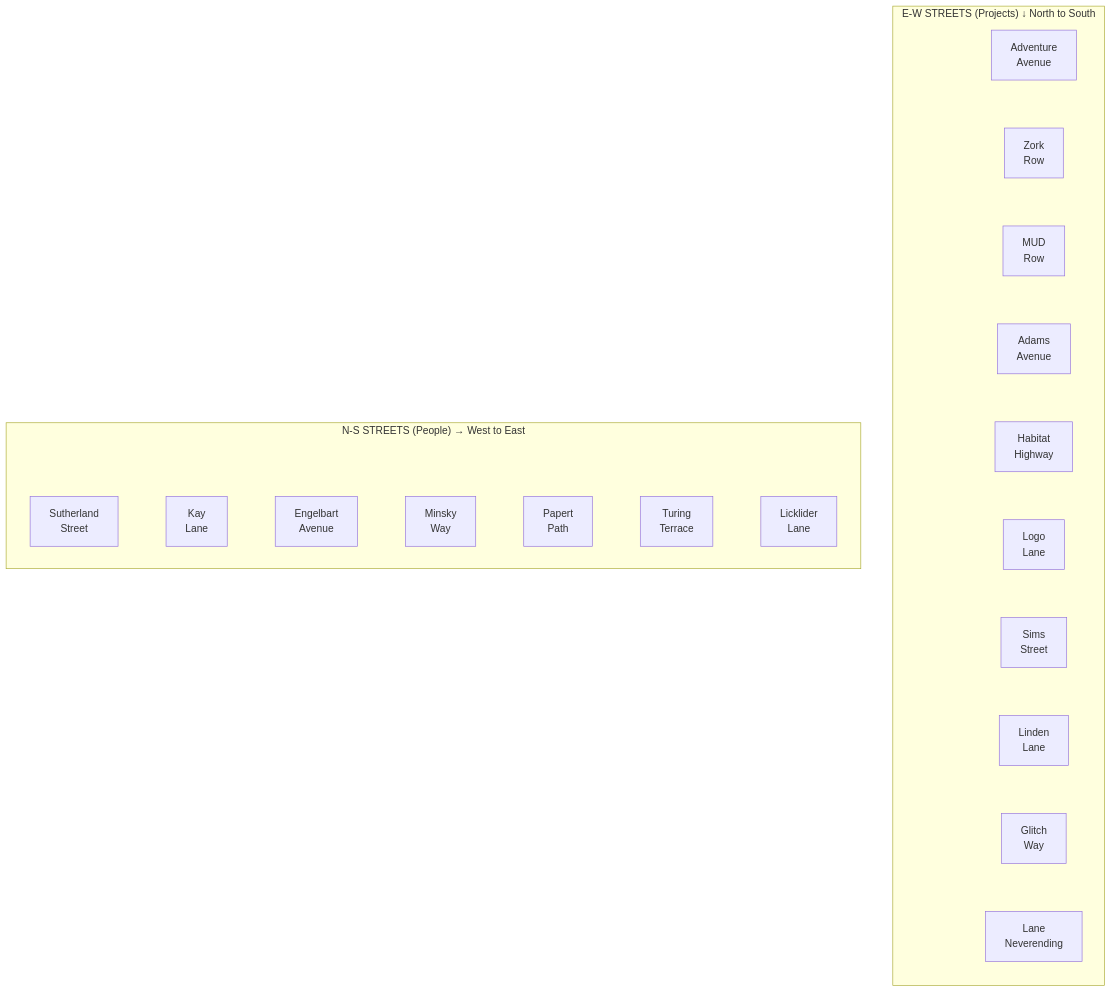
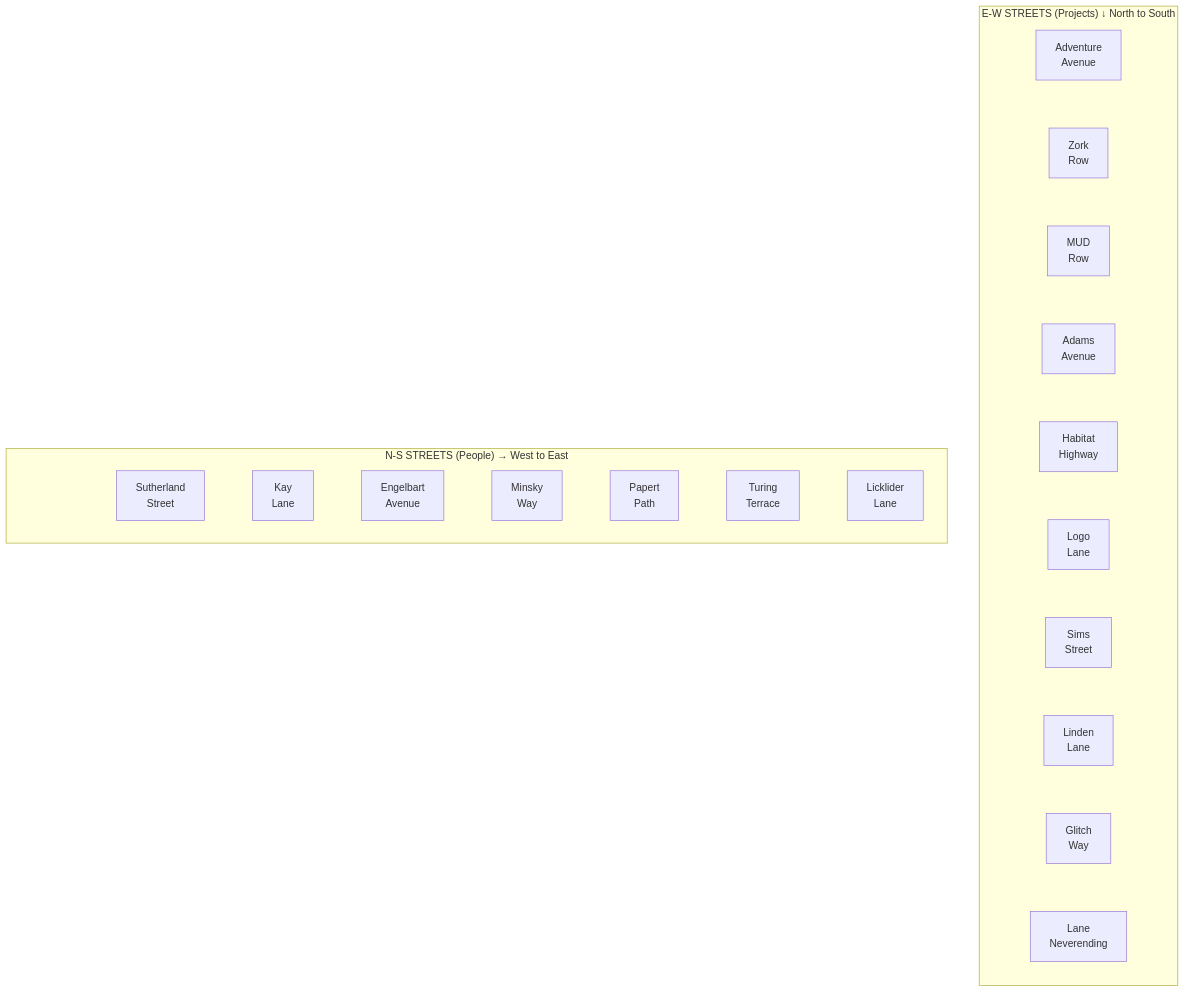
Before and after one commit to SimHacker/moollm: the diagram in examples/adventure-4/street/README.md, drawn with Mermaid.

Commit message:
Adjust Mermaid spacing: remove E-W gap, keep N-S spacer

````diff
--- a/examples/adventure-4/street/README.md
+++ b/examples/adventure-4/street/README.md
@@ -11,30 +11,29 @@
 ```mermaid
 flowchart TB
     subgraph EW["E-W STREETS (Projects) ↓ North to South"]
         direction TB
-        space1[" "]
         Adv["Adventure<br>Avenue"] ~~~ Zork["Zork<br>Row"]
         Zork ~~~ MUD["MUD<br>Row"]
         MUD ~~~ Adams["Adams<br>Avenue"]
         Adams ~~~ Hab["Habitat<br>Highway"]
         Hab ~~~ Logo["Logo<br>Lane"]
         Logo ~~~ Sims["Sims<br>Street"]
         Sims ~~~ Linden["Linden<br>Lane"]
         Linden ~~~ Glitch["Glitch<br>Way"]
         Glitch ~~~ Lane["Lane<br>Neverending"]
     end
     
     subgraph NS["N-S STREETS (People) → West to East"]
         direction LR
         space2[" "]
-        Suth["Sutherland<br>Street"] ~~~ Kay["Kay<br>Lane"]
+        space2 ~~~ Suth["Sutherland<br>Street"]
+        Suth ~~~ Kay["Kay<br>Lane"]
         Kay ~~~ Eng["Engelbart<br>Avenue"]
         Eng ~~~ Min["Minsky<br>Way"]
         Min ~~~ Pap["Papert<br>Path"]
         Pap ~~~ Tur["Turing<br>Terrace"]
         Tur ~~~ Lic["Licklider<br>Lane"]
     end
     
-    style space1 fill:none,stroke:none
     style space2 fill:none,stroke:none
 ```
````
